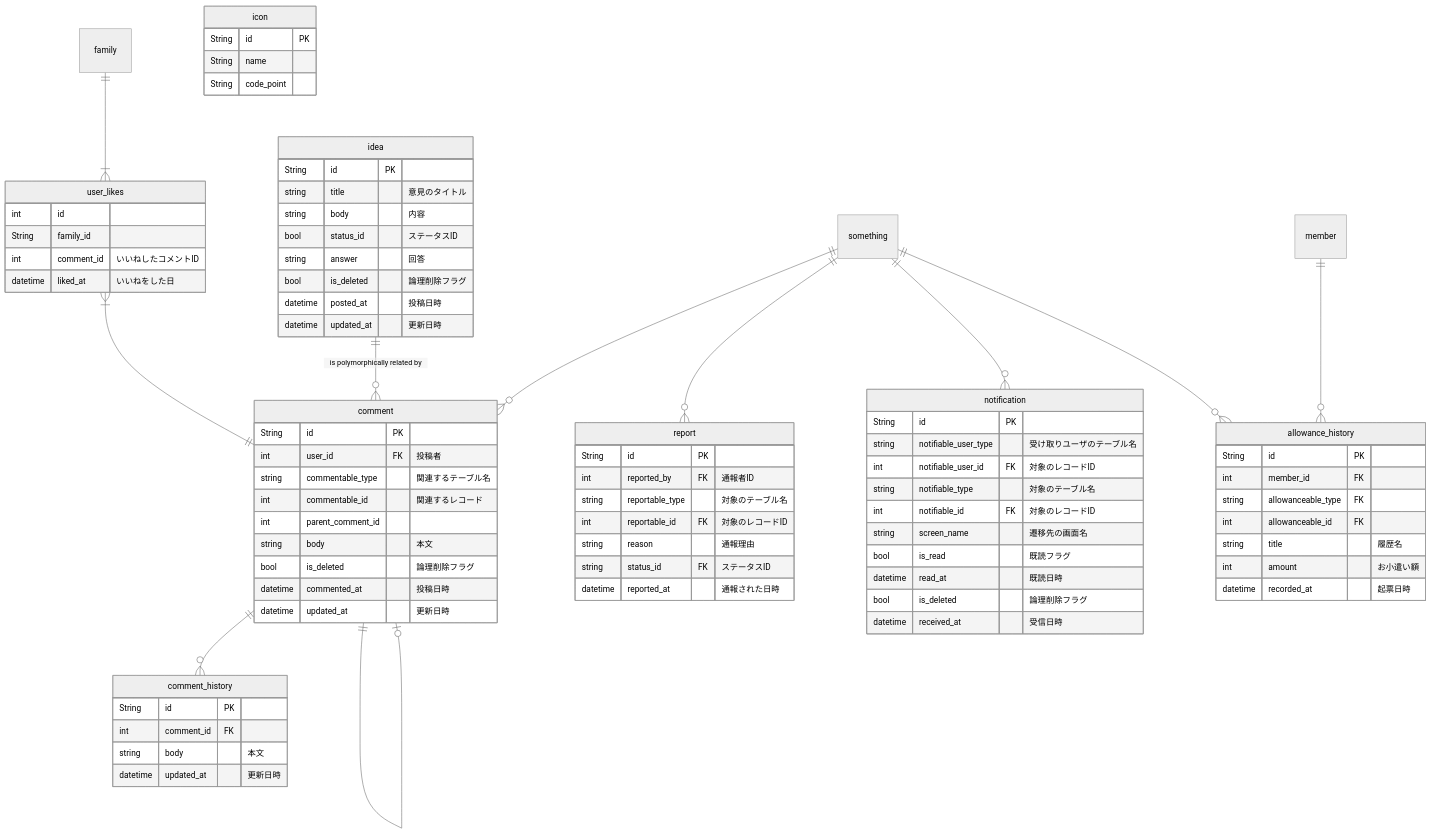
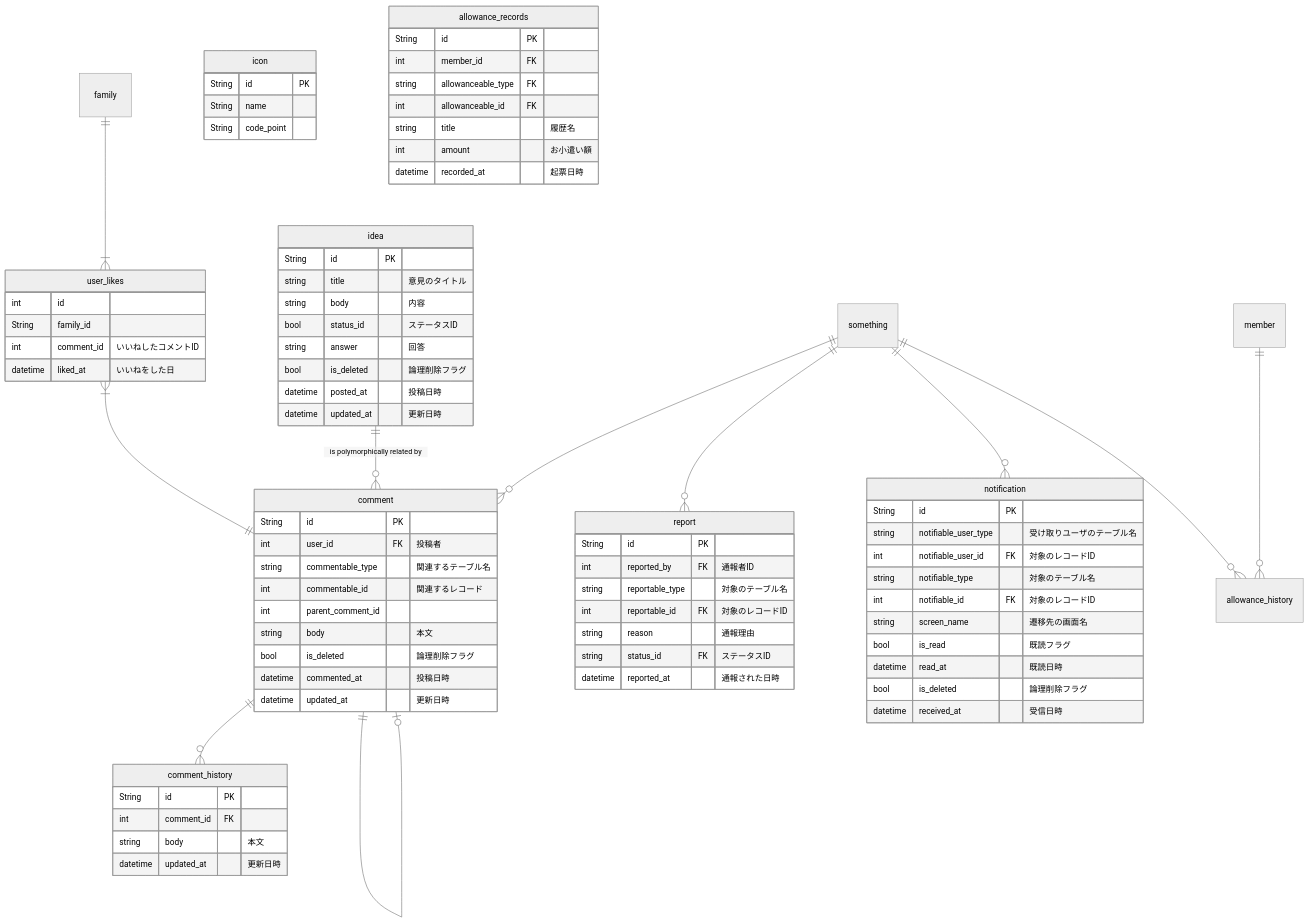
One commit to shuhei1101/allowance-questboard changed the diagram in docs/uml/other_erd.md. Above: the diagram before and after it, drawn with Mermaid (neutral theme).

Commit message:
other_erd.md を更新

```diff
--- a/docs/uml/other_erd.md
+++ b/docs/uml/other_erd.md
@@ -123,7 +123,7 @@
     something ||--o{ allowance_history: ""
     member ||--o{ allowance_history: ""
 
-    allowance_history {
+    allowance_records {
         %% 月ごとのお小遣い明細の記録。 
         %% 
         %% クエスト履歴や月のお小遣いなどと紐づく。
```
